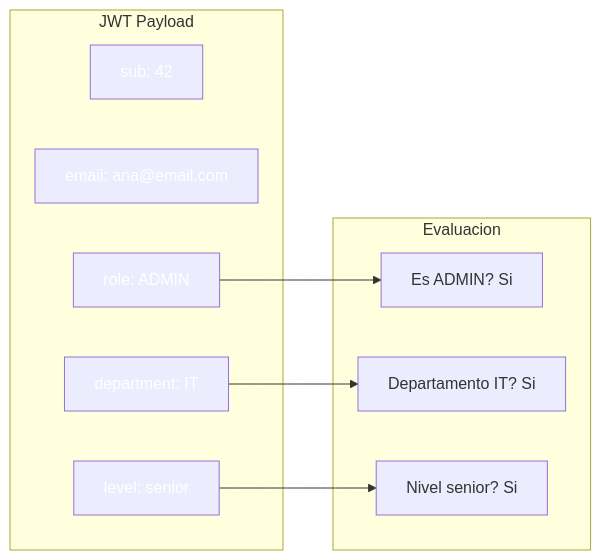
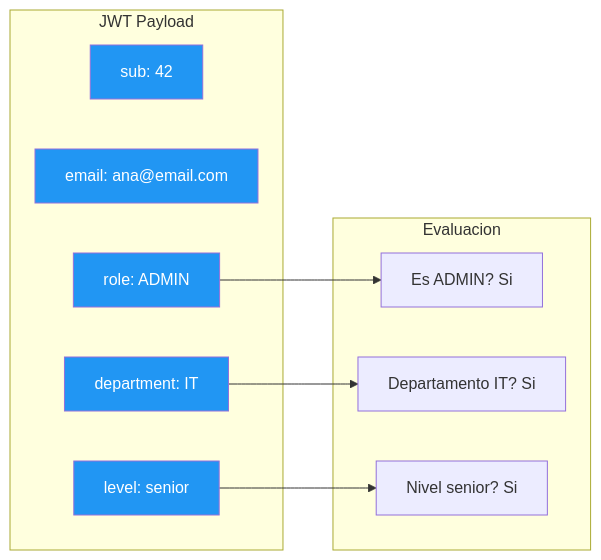
One commit to joseluisgs/DesarrolloWebEntornosServidor-02-2026-2027 changed the eighth of 14 diagrams in 17-autorizacion.md. Above: the diagram before and after it, drawn with Mermaid. The commit also changed other lines of this file and 29 other files, not shown here.

Commit message:
docs: corregir estilos Mermaid y estilo, quitar referencias a la Tienda y reestructurar los retos 13 y 15

````diff
--- a/17-autorizacion.md
+++ b/17-autorizacion.md
@@ -291,26 +291,26 @@
 ```mermaid
 flowchart LR
     subgraph "JWT Payload"
         C1["sub: 42"]
         C2["email: ana@email.com"]
         C3["role: ADMIN"]
         C4["department: IT"]
         C5["level: senior"]
     end
 
     subgraph "Evaluacion"
         A1["Es ADMIN? Si"]
         A2["Departamento IT? Si"]
         A3["Nivel senior? Si"]
     end
 
     C3 --> A1
     C4 --> A2
     C5 --> A3
 
-    style C1 fill:#2196F,color:#fff3,color:#fff
-    style C2 fill:#2196F,color:#fff3,color:#fff
-    style C3 fill:#2196F,color:#fff3,color:#fff
-    style C4 fill:#2196F,color:#fff3,color:#fff
-    style C5 fill:#2196F,color:#fff3,color:#fff
+    style C1 fill:#2196F3,color:#fff
+    style C2 fill:#2196F3,color:#fff
+    style C3 fill:#2196F3,color:#fff
+    style C4 fill:#2196F3,color:#fff
+    style C5 fill:#2196F3,color:#fff
 ```
````
